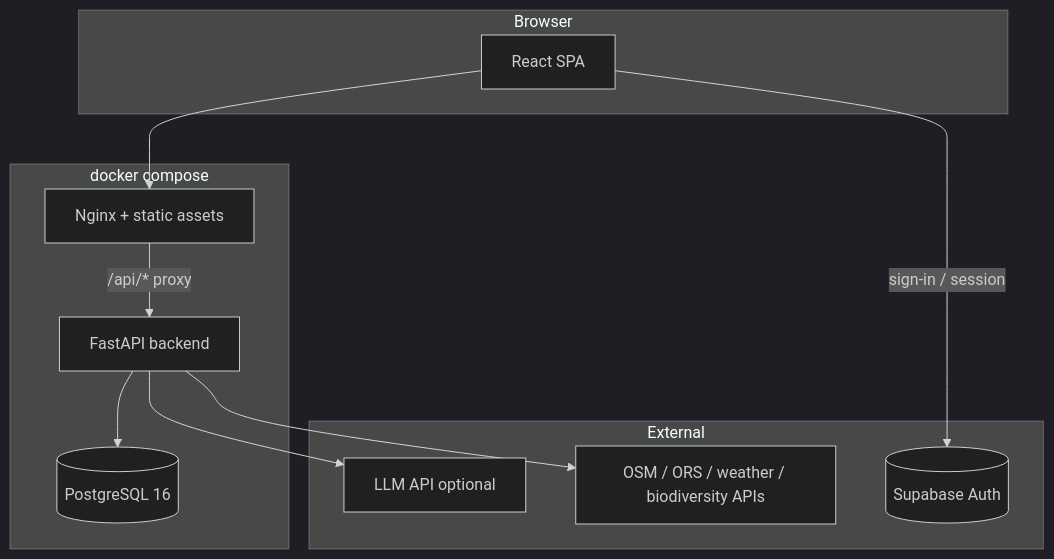
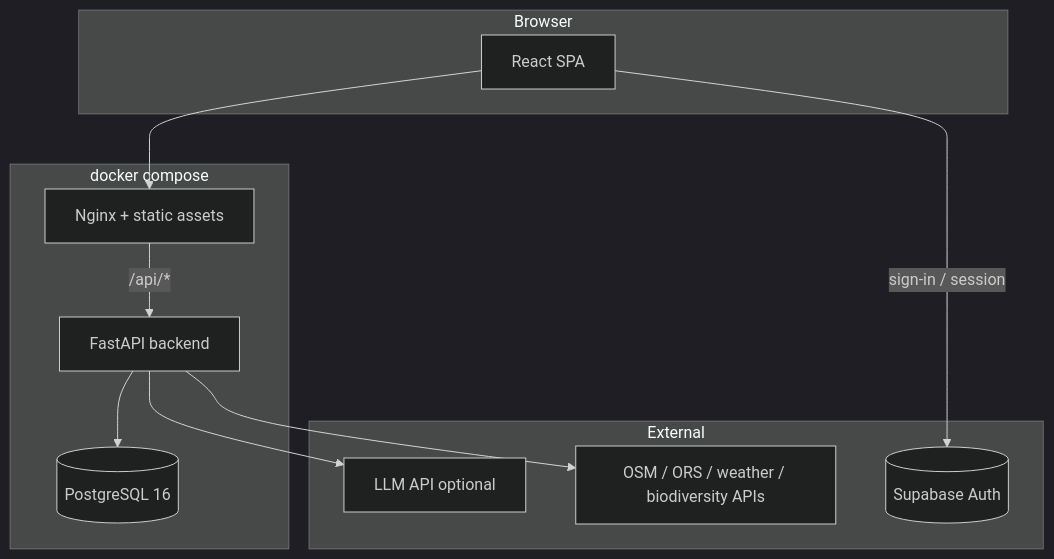
The diagram in README.md (Biligo7/RAFINAI), drawn with Mermaid (dark theme) before and after one commit.

Commit message:
Fix API proxy path in README

````diff
--- a/README.md
+++ b/README.md
@@ -45,25 +45,25 @@
 ```mermaid
 flowchart TB
     subgraph Browser
         SPA[React SPA]
     end
 
     subgraph Docker["docker compose"]
         NG[Nginx + static assets]
         API[FastAPI backend]
         PG[(PostgreSQL 16)]
     end
 
     subgraph External
         SB[(Supabase Auth)]
         AI[LLM API optional]
         MAP[OSM / ORS / weather / biodiversity APIs]
     end
 
     SPA --> NG
     SPA -->|sign-in / session| SB
-    NG -->|"/api/* proxy"| API
+    NG -->|"/api/*"| API
     API --> PG
     API --> AI
     API --> MAP
 ```
````
